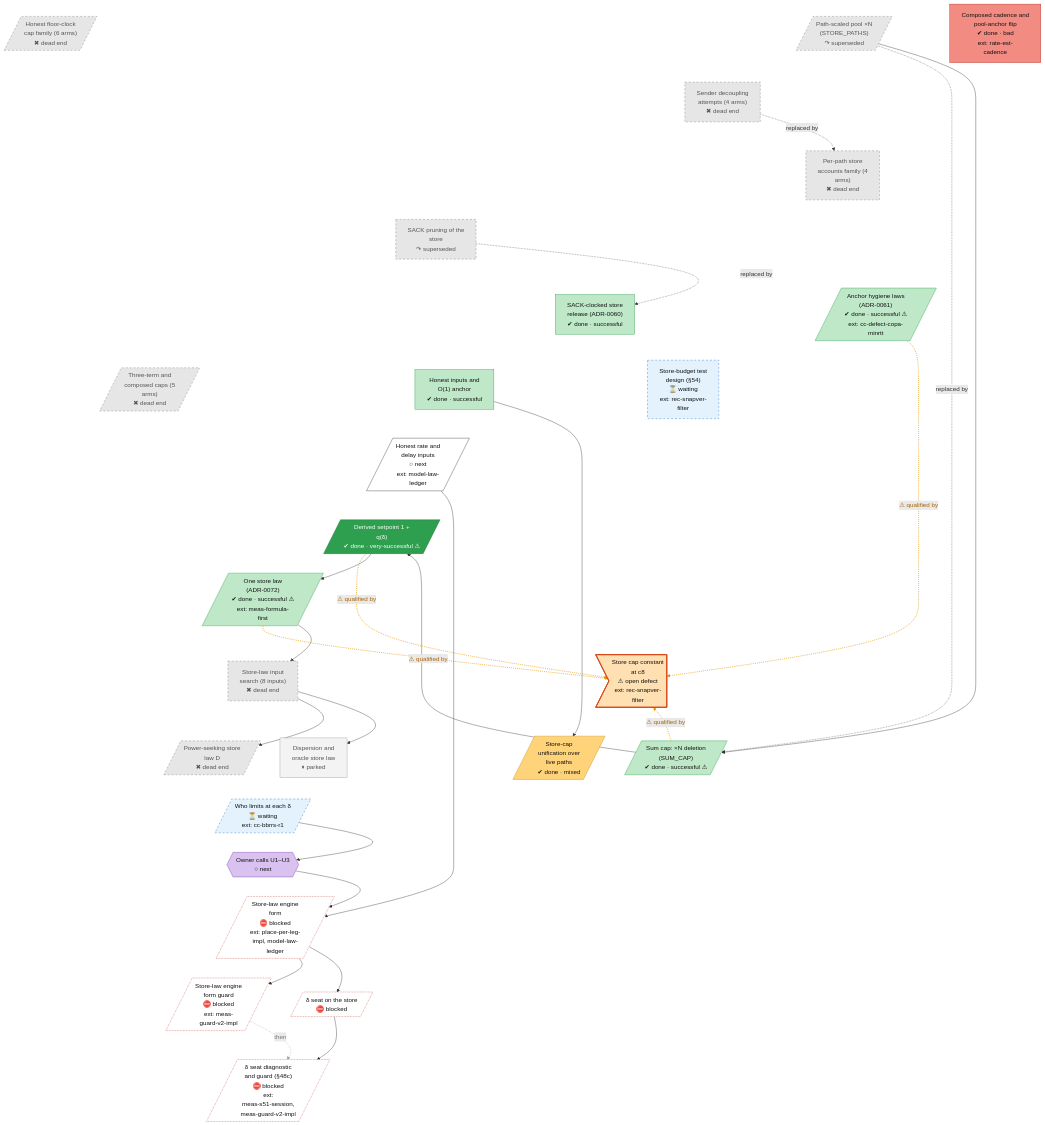
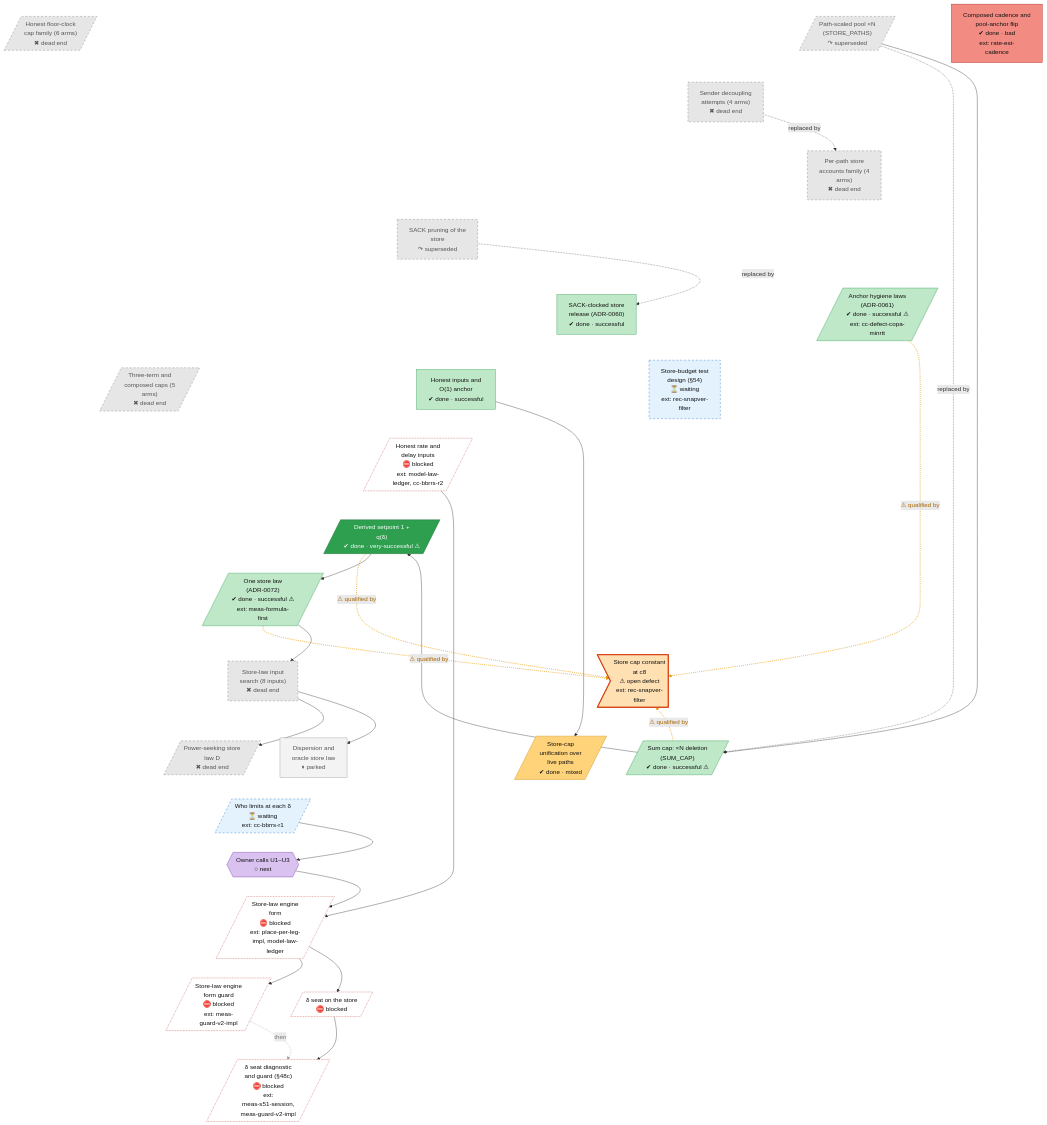
The seventh of 14 diagrams in docs/roadmap.md (lhns/raptorpath), drawn with Mermaid before and after one commit. The commit also changed other lines of this file and 4 other files, not shown here.

Commit message:
roadmap: frozen hand-edited tree (228 nodes); §51 dependencies reversed; open research problem marked on the honest-inputs fix; history extraction notes, owner-request coverage and coverage table in docs/roadmap/history

````diff
--- a/docs/roadmap.md
+++ b/docs/roadmap.md
@@ -1139,7 +1144,7 @@
     store_user_u1u3{{"Owner calls U1–U3<br/>○ next"}}
     store_engine_form_impl[/"Store-law engine<br/>form<br/>⛔ blocked<br/>ext: place-per-leg-<br/>impl, model-law-<br/>ledger"/]
     store_delta_seat[/"δ seat on the store<br/>⛔ blocked"/]
-    store_fix_maxbw_minrtt[/"Honest rate and<br/>delay inputs<br/>○ next<br/>ext: model-law-<br/>ledger"/]
+    store_fix_maxbw_minrtt[/"Honest rate and<br/>delay inputs<br/>⛔ blocked<br/>ext: model-law-<br/>ledger, cc-bbrrs-r2"/]
     store_xn_pool ~~~ store_sack_prune
     store_xn_pool ~~~ store_sack_release
     store_xn_pool ~~~ store_sender_decoupling
@@ -1243,7 +1248,6 @@
     class store_engine_form parked
     class store_w1_who_limits,store_s54_budget waiting
     class store_defect_cap_constant defect
-    class store_engine_form_guard,store_s48c_session,store_engine_form_impl,store_delta_seat blocked
+    class store_engine_form_guard,store_s48c_session,store_engine_form_impl,store_delta_seat,store_fix_maxbw_minrtt blocked
     class store_user_u1u3 userdec
-    class store_fix_maxbw_minrtt next
 ```
````
